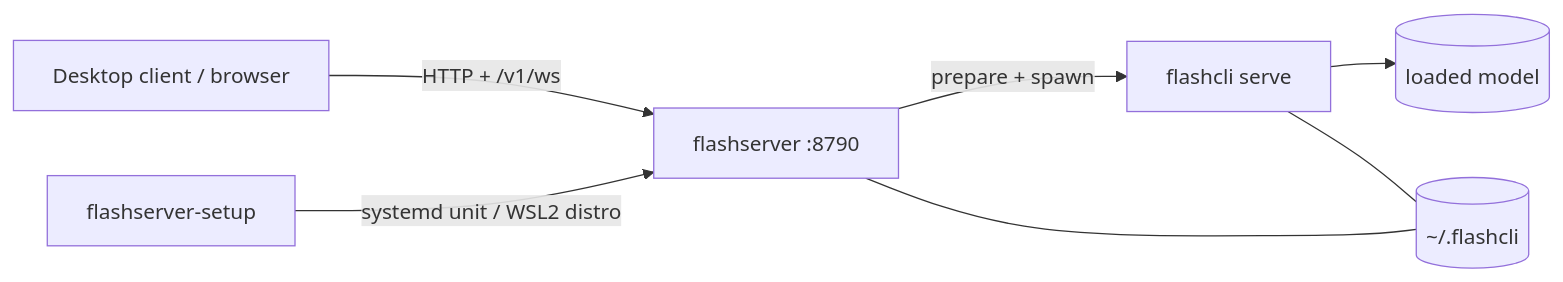
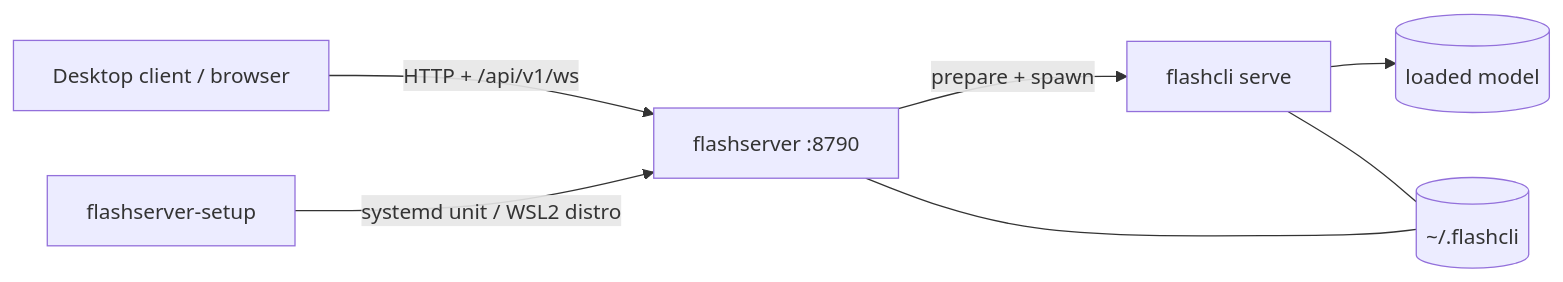
Before and after one commit to aodianyun/flashcli: the diagram in docs/flashserver.md, drawn with Mermaid. The commit also changed other lines of this file and 38 other files, not shown here.

````diff
--- a/docs/flashserver.md
+++ b/docs/flashserver.md
@@ -9,9 +9,9 @@
 ```mermaid
 flowchart LR
-  UI["Desktop client / browser"] -- "HTTP + /v1/ws" --> SRV["flashserver :8790"]
+  UI["Desktop client / browser"] -- "HTTP + /api/v1/ws" --> SRV["flashserver :8790"]
   SRV -- "prepare + spawn" --> CLI["flashcli serve"]
   CLI --> MODEL[(loaded model)]
   SETUP["flashserver-setup"] -- "systemd unit / WSL2 distro" --> SRV
   SRV --- CACHE[(~/.flashcli)]
   CLI --- CACHE
 ```
````
